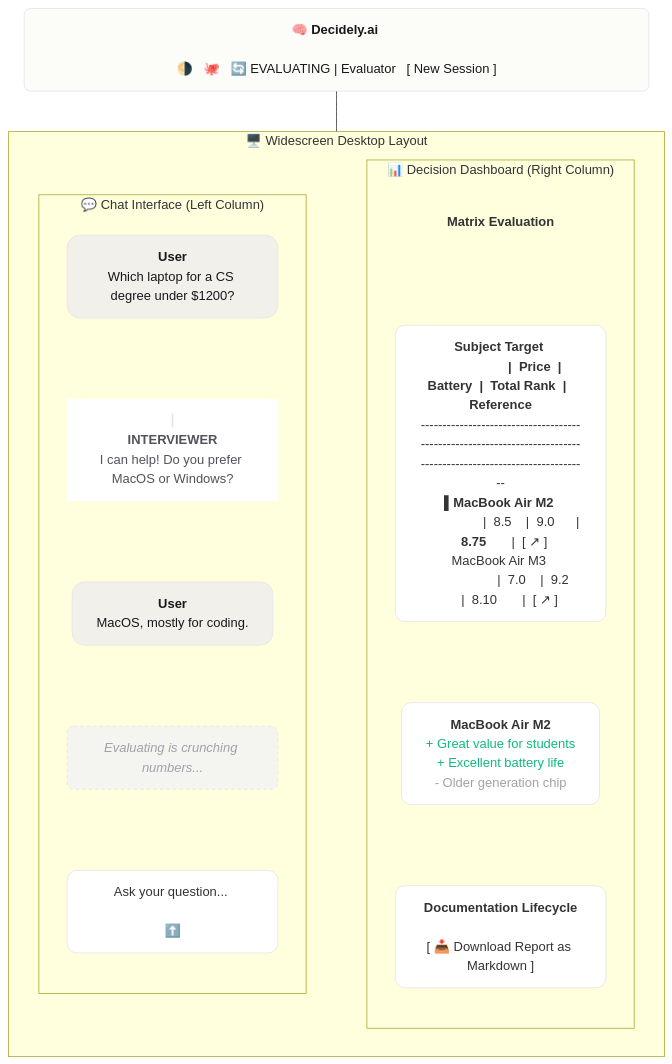
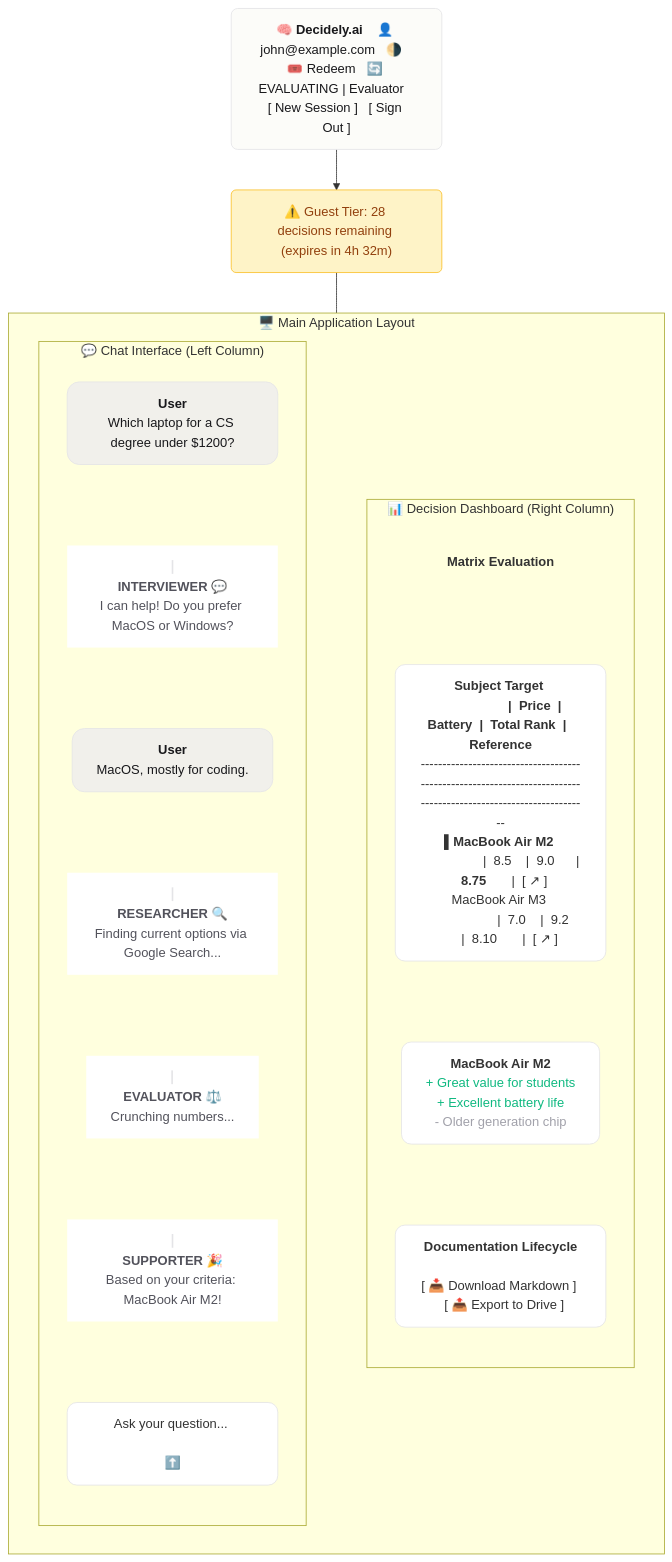
The fourth of 6 diagrams in README.md (withered-flowers/apps-hackathon-project-adk), drawn with Mermaid before and after one commit. The commit also changed other lines of this file and 1 other file, not shown here.

Commit message:
feat(manual): modify App.jsx to use light mode by default, adding README.md content

````diff
--- a/README.md
+++ b/README.md
@@ -64,47 +123,48 @@
 ```mermaid
 flowchart TB
-    %% Styling based on index.css themes
     classDef header fill:#fcfcf9,stroke:#e4e4e7,stroke-width:1px,color:#18181b,rx:8px,ry:8px
+    classDef banner fill:#fef3c7,stroke:#fbbf24,stroke-width:1px,color:#92400e,rx:6px,ry:6px
     classDef panel fill:#ffffff,stroke:#e4e4e7,stroke-width:1px,rx:12px,ry:12px
     classDef chatUser fill:#f1f0eb,stroke:#e4e4e7,color:#18181b,rx:15px,ry:15px
     classDef chatAI fill:#ffffff,stroke-width:0px,border-left:2px solid #e4e4e7,color:#52525b,rx:0px,ry:0px
     classDef status fill:#f4f4f0,stroke:#e4e4e7,stroke-dasharray: 4 4,color:#a1a1aa,rx:8px,ry:8px
     classDef nobg fill:none,stroke:none
 
-    %% Top Navigation Bar (Spanning full width)
-    Nav["<b>🧠 Decidely.ai</b> &nbsp;&nbsp;&nbsp;&nbsp;&nbsp;&nbsp;&nbsp;&nbsp;&nbsp;&nbsp;&nbsp;&nbsp;&nbsp;&nbsp;&nbsp;&nbsp;&nbsp;&nbsp;&nbsp;&nbsp;&nbsp;&nbsp;&nbsp;&nbsp;&nbsp;&nbsp;&nbsp;&nbsp;&nbsp;&nbsp;&nbsp;&nbsp;&nbsp;&nbsp;&nbsp;&nbsp;&nbsp;&nbsp;&nbsp;&nbsp;&nbsp;&nbsp;&nbsp;&nbsp;&nbsp;&nbsp;&nbsp;&nbsp;&nbsp;&nbsp;&nbsp;&nbsp;&nbsp;&nbsp;&nbsp;&nbsp;&nbsp;&nbsp;&nbsp;&nbsp;&nbsp;&nbsp;&nbsp;&nbsp;&nbsp;&nbsp;&nbsp;&nbsp;&nbsp;&nbsp;&nbsp;&nbsp;&nbsp;&nbsp;&nbsp;&nbsp;&nbsp;&nbsp;&nbsp;&nbsp;&nbsp;&nbsp;&nbsp;&nbsp;&nbsp;&nbsp;&nbsp;&nbsp;&nbsp;&nbsp;&nbsp;&nbsp;&nbsp;&nbsp;&nbsp;&nbsp;&nbsp;&nbsp;&nbsp;&nbsp;&nbsp;&nbsp;&nbsp;&nbsp;&nbsp;&nbsp;&nbsp;&nbsp;&nbsp;&nbsp;&nbsp;&nbsp;&nbsp;&nbsp;&nbsp;&nbsp;&nbsp;&nbsp;&nbsp;&nbsp;&nbsp;&nbsp;&nbsp;&nbsp;&nbsp;&nbsp;&nbsp;&nbsp;&nbsp;&nbsp;&nbsp;&nbsp;&nbsp;&nbsp;&nbsp;&nbsp;&nbsp;&nbsp;&nbsp;&nbsp;&nbsp;&nbsp;&nbsp;&nbsp;&nbsp;&nbsp;&nbsp;&nbsp;&nbsp;&nbsp;&nbsp;&nbsp;&nbsp;&nbsp;&nbsp;&nbsp;&nbsp;&nbsp;&nbsp; 🌗 &nbsp; 🐙 &nbsp; 🔄 EVALUATING | Evaluator &nbsp; [ New Session ]"]:::header
+    NavApp["<b>🧠 Decidely.ai</b> &nbsp;&nbsp; 👤 john@example.com &nbsp; 🌗 &nbsp; 🎟️ Redeem &nbsp; 🔄 EVALUATING | Evaluator &nbsp; [ New Session ] &nbsp; [ Sign Out ]"]:::header
+    RateBanner["⚠️ Guest Tier: 28 decisions remaining (expires in 4h 32m)"]:::banner
 
-    subgraph DesktopPane ["🖥️ Widescreen Desktop Layout"]
+    subgraph DesktopApp ["🖥️ Main Application Layout"]
         direction LR
 
-        %% Left Column (Chat Pane - 400px/1fr)
         subgraph LeftCol ["💬 Chat Interface (Left Column)"]
             direction TB
             M1["<b>User</b><br/>Which laptop for a CS degree under $1200?"]:::chatUser
-            M2["<b>INTERVIEWER</b><br/>I can help! Do you prefer MacOS or Windows?"]:::chatAI
+            M2["<b>INTERVIEWER 💬</b><br/>I can help! Do you prefer MacOS or Windows?"]:::chatAI
             M3["<b>User</b><br/>MacOS, mostly for coding."]:::chatUser
-            M4["<i>Evaluating is crunching numbers...</i>"]:::status
+            M4["<b>RESEARCHER 🔍</b><br/>Finding current options via Google Search..."]:::chatAI
+            M5["<b>EVALUATOR ⚖️</b><br/>Crunching numbers..."]:::chatAI
+            M6["<b>SUPPORTER 🎉</b><br/>Based on your criteria: MacBook Air M2!"]:::chatAI
             Input["Ask your question... &nbsp;&nbsp;&nbsp;&nbsp;&nbsp;&nbsp;&nbsp;&nbsp;&nbsp;&nbsp;&nbsp;&nbsp;&nbsp;&nbsp;&nbsp;&nbsp;&nbsp;&nbsp;&nbsp;&nbsp;&nbsp;&nbsp;&nbsp;&nbsp;&nbsp;&nbsp;&nbsp;&nbsp;&nbsp;&nbsp;&nbsp;&nbsp;&nbsp;&nbsp;&nbsp;&nbsp;&nbsp;&nbsp;&nbsp;&nbsp; ⬆️"]:::panel
 
-            M1 ~~~ M2 ~~~ M3 ~~~ M4 ~~~ Input
+            M1 ~~~ M2 ~~~ M3 ~~~ M4 ~~~ M5 ~~~ M6 ~~~ Input
         end
 
-        %% Right Column (Matrix Pane - 1.5fr)
         subgraph RightCol ["📊 Decision Dashboard (Right Column)"]
             direction TB
             Title["<b>Matrix Evaluation</b>"]:::nobg
 
             Table["<b>Subject Target &nbsp;&nbsp;&nbsp;&nbsp;&nbsp;&nbsp;&nbsp;&nbsp;&nbsp;&nbsp;&nbsp;&nbsp;&nbsp;&nbsp;&nbsp;&nbsp;&nbsp;&nbsp;&nbsp;&nbsp;&nbsp;|&nbsp; Price &nbsp;|&nbsp; Battery &nbsp;|&nbsp; Total Rank &nbsp;|&nbsp; Reference</b><br/>-----------------------------------------------------------------------------------------------------------------<br/><b>▌MacBook Air M2</b> &nbsp;&nbsp;&nbsp;&nbsp;&nbsp;&nbsp;&nbsp;&nbsp;&nbsp;&nbsp;&nbsp;&nbsp;&nbsp;&nbsp;&nbsp;&nbsp;&nbsp;|&nbsp; 8.5 &nbsp;&nbsp;&nbsp;|&nbsp; 9.0 &nbsp;&nbsp;&nbsp;&nbsp;&nbsp;|&nbsp; <b>8.75</b> &nbsp;&nbsp;&nbsp;&nbsp;&nbsp;&nbsp;|&nbsp; [ ↗ ]<br/>MacBook Air M3 &nbsp;&nbsp;&nbsp;&nbsp;&nbsp;&nbsp;&nbsp;&nbsp;&nbsp;&nbsp;&nbsp;&nbsp;&nbsp;&nbsp;&nbsp;&nbsp;&nbsp;&nbsp;&nbsp;|&nbsp; 7.0 &nbsp;&nbsp;&nbsp;|&nbsp; 9.2 &nbsp;&nbsp;&nbsp;&nbsp;&nbsp;|&nbsp; 8.10 &nbsp;&nbsp;&nbsp;&nbsp;&nbsp;&nbsp;|&nbsp; [ ↗ ]"]:::panel
 
             Breakdown["<b>MacBook Air M2</b><br/><span style='color:#10b981'>+ Great value for students</span><br/><span style='color:#10b981'>+ Excellent battery life</span><br/><span style='color:#a1a1aa'>- Older generation chip</span>"]:::panel
 
-            DocLifecycle["<b>Documentation Lifecycle</b><br/><br/>[ 📥 Download Report as Markdown ]"]:::panel
+            ExportSection["<b>Documentation Lifecycle</b><br/><br/>[ 📥 Download Markdown ] &nbsp; [ 📤 Export to Drive ]"]:::panel
 
-            Title ~~~ Table ~~~ Breakdown ~~~ DocLifecycle
+            Title ~~~ Table ~~~ Breakdown ~~~ ExportSection
         end
 
         LeftCol ~~~ RightCol
     end
 
-    Nav --- DesktopPane
+    NavApp --> RateBanner
+    RateBanner --- DesktopApp
 ```
````
